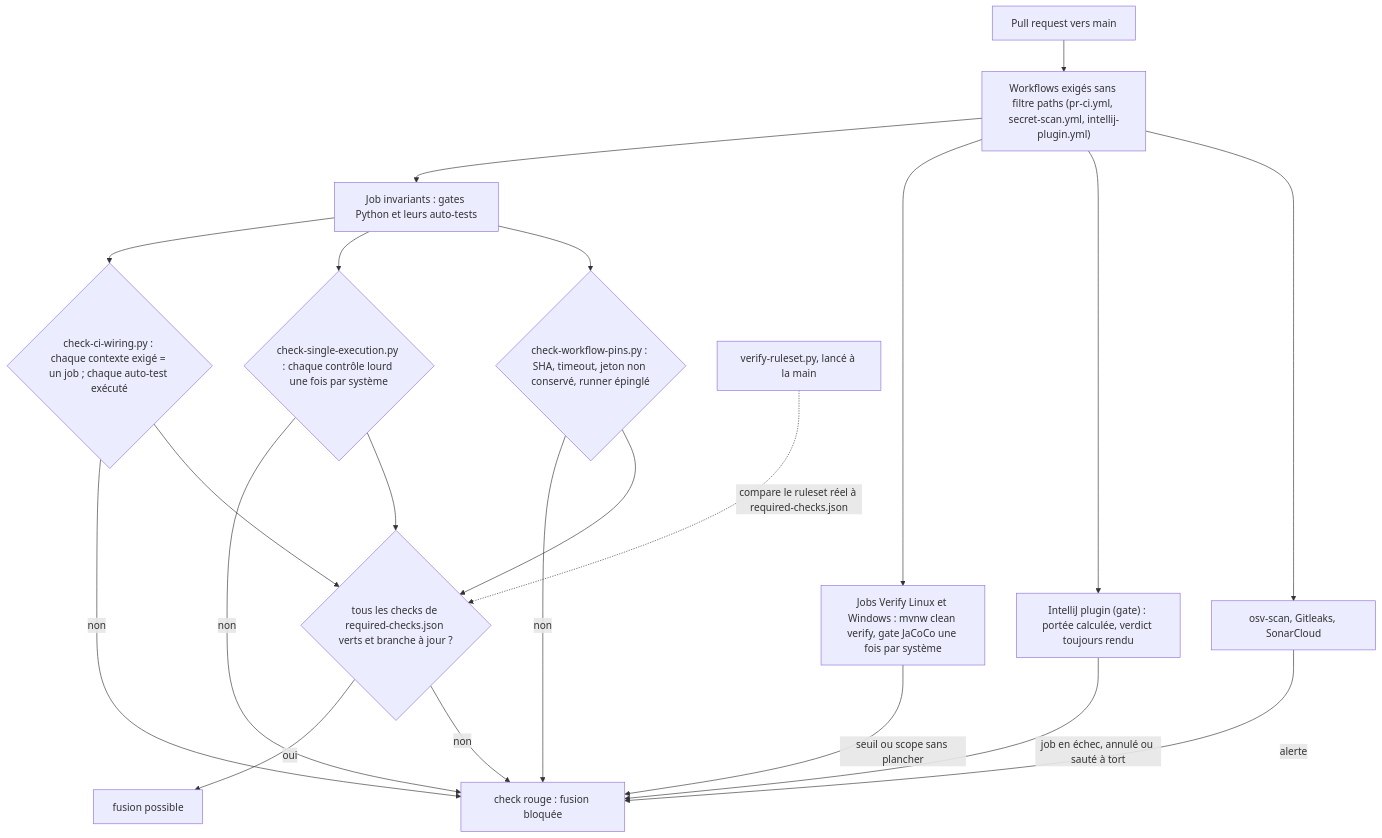
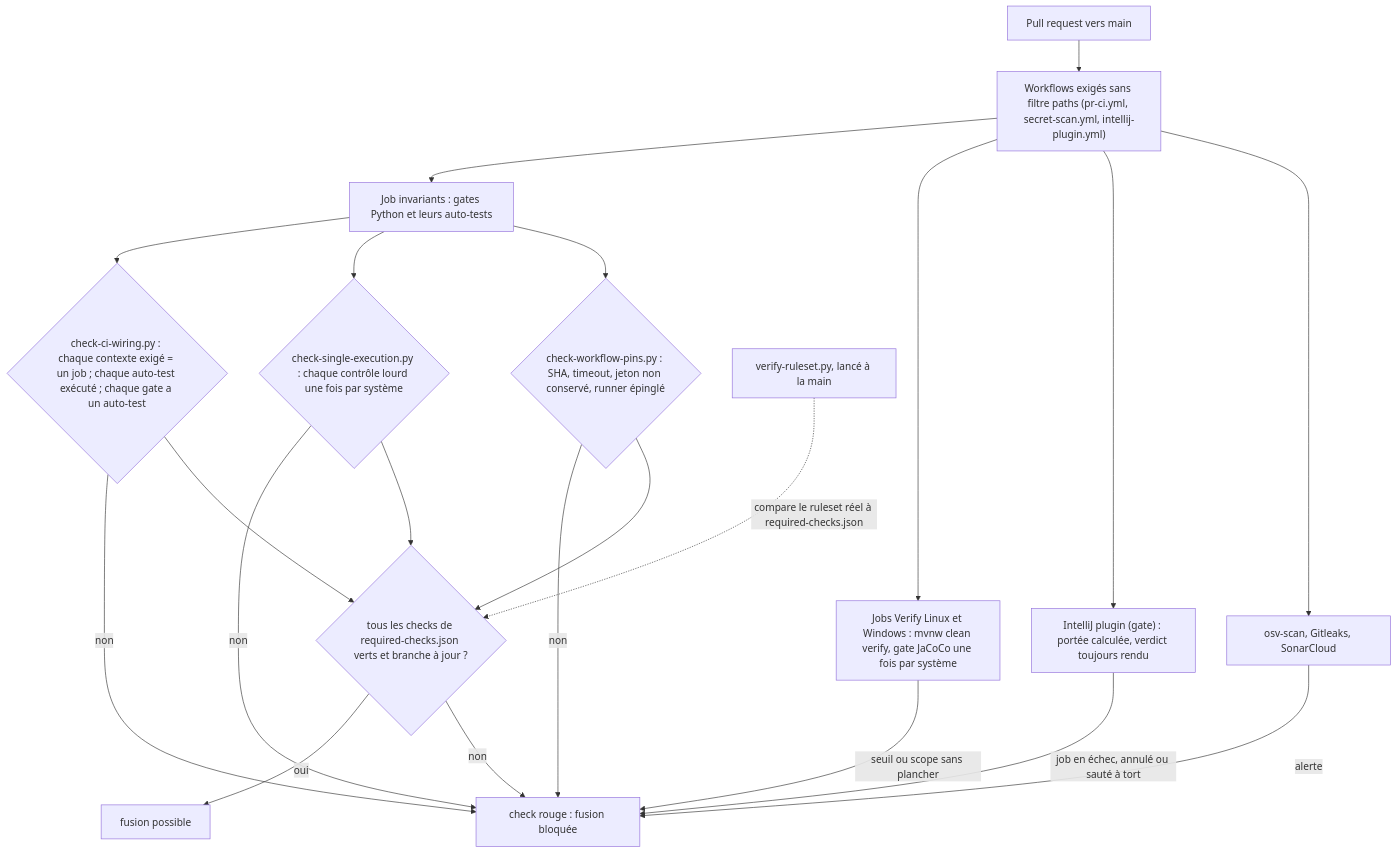
The diagram in docs/architecture/diagrams/capacites/controles-de-fusion.md (FTurleque/minos-code-intelligence), drawn with Mermaid before and after one commit. The commit also changed other lines of this file and 3 other files, not shown here.

Commit message:
docs(gates): documenter la règle de l'auto-test de chaque gate et le module des gates littéraux

````diff
--- a/docs/architecture/diagrams/capacites/controles-de-fusion.md
+++ b/docs/architecture/diagrams/capacites/controles-de-fusion.md
@@ -24,23 +24,23 @@
 ```mermaid
 flowchart TD
   PR["Pull request vers main"] --> W["Workflows exigés sans filtre paths (pr-ci.yml, secret-scan.yml, intellij-plugin.yml)"]
   W --> INV["Job invariants : gates Python et leurs auto-tests"]
   W --> VER["Jobs Verify Linux et Windows : mvnw clean verify, gate JaCoCo une fois par système"]
   W --> PLG["IntelliJ plugin (gate) : portée calculée, verdict toujours rendu"]
   W --> OTH["osv-scan, Gitleaks, SonarCloud"]
-  INV --> CW{"check-ci-wiring.py : chaque contexte exigé = un job ; chaque auto-test exécuté"}
+  INV --> CW{"check-ci-wiring.py : chaque contexte exigé = un job ; chaque auto-test exécuté ; chaque gate a un auto-test"}
   INV --> SE{"check-single-execution.py : chaque contrôle lourd une fois par système"}
   INV --> WP{"check-workflow-pins.py : SHA, timeout, jeton non conservé, runner épinglé"}
   CW -->|"non"| KO["check rouge : fusion bloquée"]
   SE -->|"non"| KO
   WP -->|"non"| KO
   VER -->|"seuil ou scope sans plancher"| KO
   PLG -->|"job en échec, annulé ou sauté à tort"| KO
   OTH -->|"alerte"| KO
   CW --> OK{"tous les checks de required-checks.json verts et branche à jour ?"}
   SE --> OK
   WP --> OK
   OK -->|"oui"| M["fusion possible"]
   OK -->|"non"| KO
   RS["verify-ruleset.py, lancé à la main"] -.->|"compare le ruleset réel à required-checks.json"| OK
 ```
````
